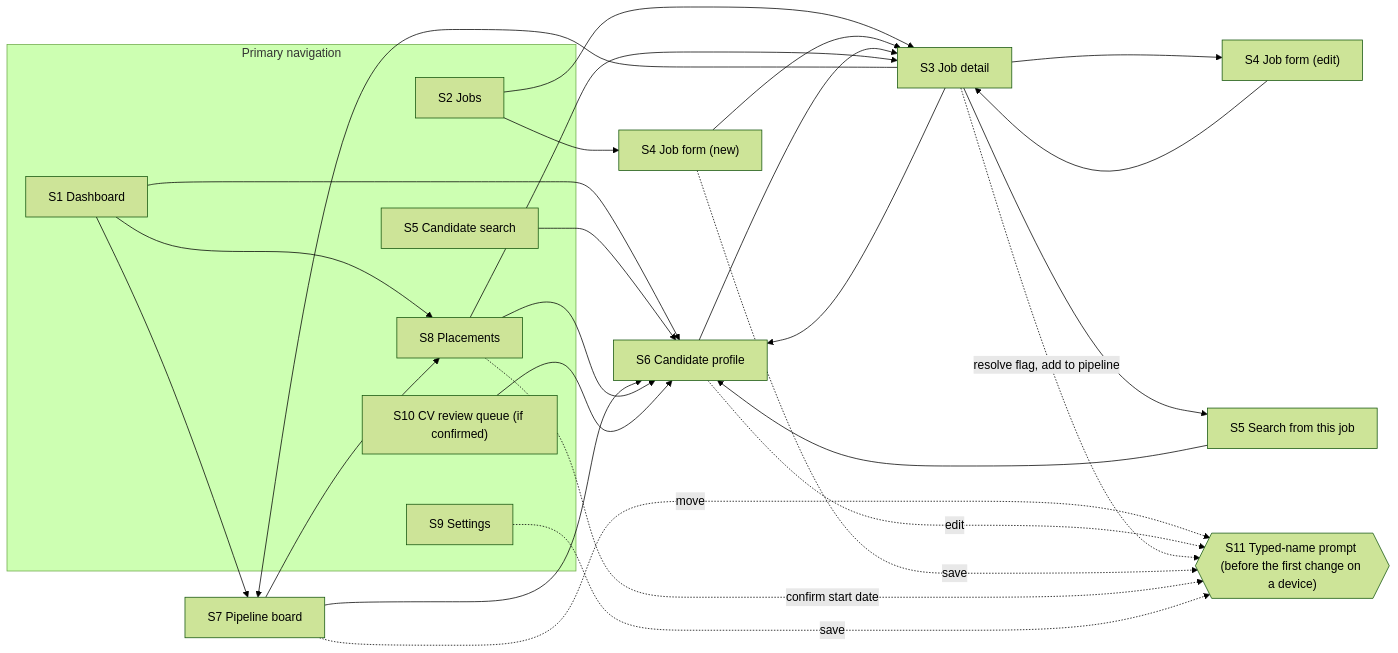
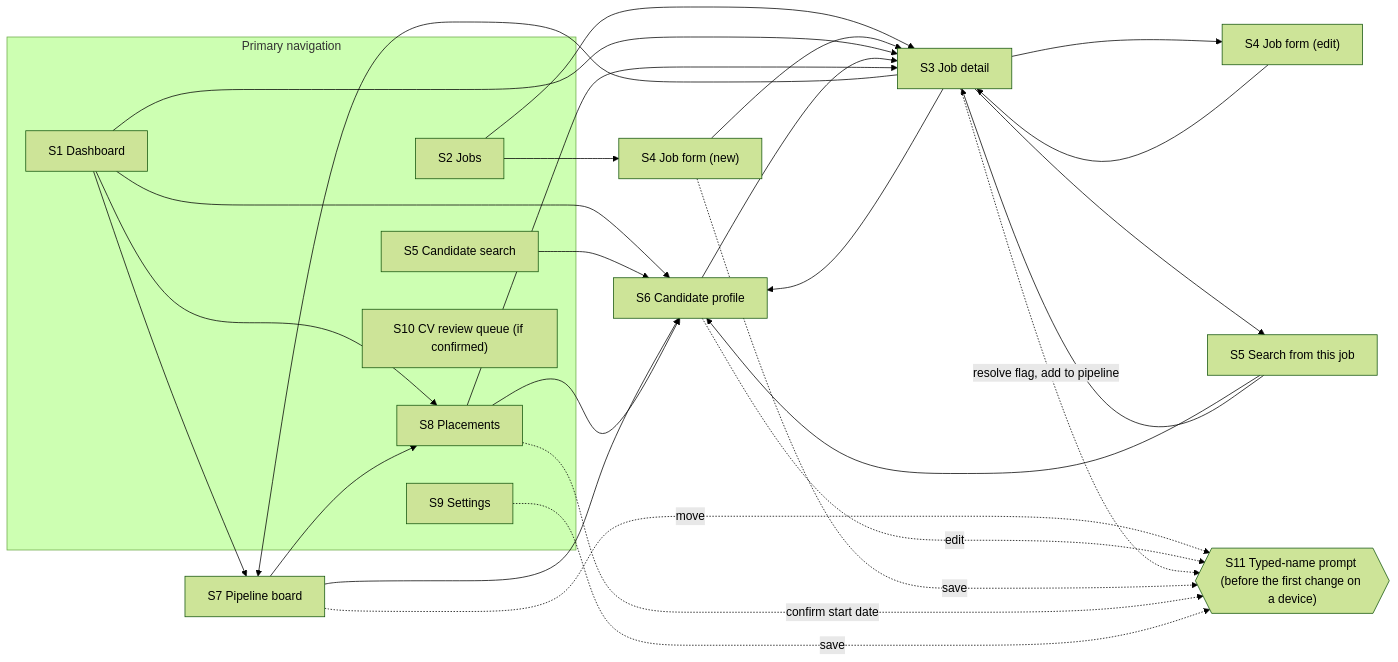
The diagram in docs/ux/screen-inventory.md (dczii/URecruitment), drawn with Mermaid (forest theme) before and after one commit. The commit also changed other lines of this file and 3 other files, not shown here.

````diff
--- a/docs/ux/screen-inventory.md
+++ b/docs/ux/screen-inventory.md
@@ -104,37 +112,38 @@
 ```mermaid
 flowchart LR
   subgraph nav["Primary navigation"]
     D["S1 Dashboard"]
     J["S2 Jobs"]
     C["S5 Candidate search"]
     P["S8 Placements"]
     S["S9 Settings"]
     Q["S10 CV review queue (if confirmed)"]
   end
   J --> JF["S4 Job form (new)"]
   J --> JD["S3 Job detail"]
   JF --> JD
   JD --> JFE["S4 Job form (edit)"]
   JFE --> JD
   JD --> PB["S7 Pipeline board"]
   JD --> CS["S5 Search from this job"]
   JD --> CP["S6 Candidate profile"]
   D --> PB
+  D --> JD
   D --> CP
   D --> P
   C --> CP
   CS --> CP
+  CS --> JD
   PB --> CP
   PB --> P
   CP --> JD
   P --> CP
   P --> JD
-  Q --> CP
   N{{"S11 Typed-name prompt (before the first change on a device)"}}
   PB -. move .-> N
   CP -. edit .-> N
   JD -. "resolve flag, add to pipeline" .-> N
   JF -. save .-> N
   P -. confirm start date .-> N
   S -. save .-> N
 ```
````
